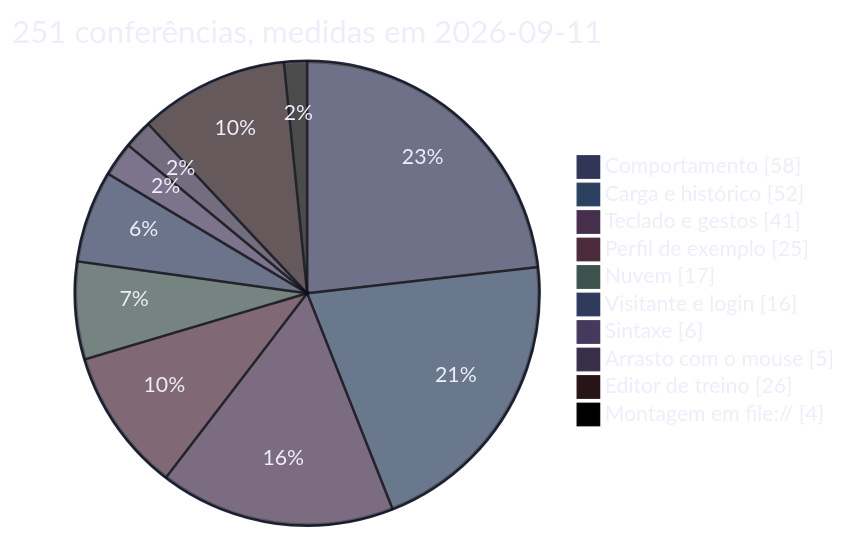
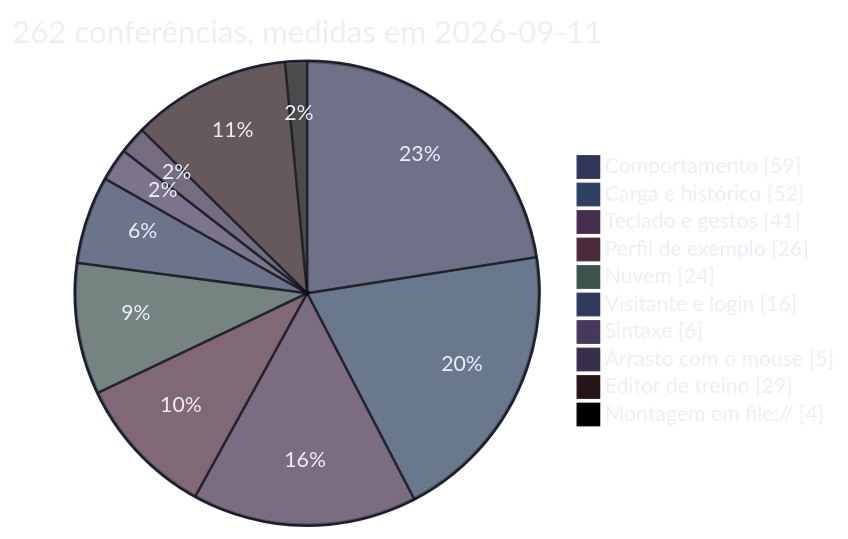
The third of 3 diagrams in README.md (v-amorim/academia), drawn with Mermaid before and after one commit. The commit also changed other lines of this file and 6 other files, not shown here.

````diff
--- a/README.md
+++ b/README.md
@@ -154,52 +154,52 @@
 ```mermaid
 ---
 config:
   theme: base
   themeVariables:
     darkMode: true
     background: "#0D0E17"
     mainBkg: "#141726"
     primaryColor: "#141726"
     primaryTextColor: "#EEEEFA"
     primaryBorderColor: "#7386d0"
     secondaryColor: "#252A42"
     secondaryTextColor: "#EEEEFA"
     tertiaryColor: "#7386D0"
     tertiaryTextColor: "#EEEEFA"
     lineColor: "#7386d0"
     textColor: "#EEEEFA"
     titleColor: "#EEEEFA"
     labelColor: "#EEEEFA"
     nodeBorder: "#7386d0"
     nodeTextColor: "#EEEEFA"
     edgeLabelBackground: "#141726"
     defaultLinkColor: "#7386d0"
     fontFamily: "Mulish, system-ui, sans-serif"
     fontSize: "14px"
     pie1: "#323656"
     pie2: "#2c405f"
     pie3: "#462f4d"
     pie4: "#4b2b3b"
     pie5: "#3d514d"
     pie6: "#2f3a5c"
     pie7: "#453a5e"
     pie8: "#38304a"
     pieTitleTextColor: "#EEEEFA"
     pieSectionTextColor: "#EEEEFA"
     pieLegendTextColor: "#EEEEFA"
     pieStrokeColor: "#0D0E17"
     pieOuterStrokeColor: "#252A42"
 ---
 pie showData
-  title 251 conferências, medidas em 2026-09-11
-  "Comportamento" : 58
+  title 262 conferências, medidas em 2026-09-11
+  "Comportamento" : 59
   "Carga e histórico" : 52
   "Teclado e gestos" : 41
-  "Perfil de exemplo" : 25
-  "Nuvem" : 17
+  "Perfil de exemplo" : 26
+  "Nuvem" : 24
   "Visitante e login" : 16
   "Sintaxe" : 6
   "Arrasto com o mouse" : 5
-  "Editor de treino" : 26
+  "Editor de treino" : 29
   "Montagem em file://" : 4
 ```
````
